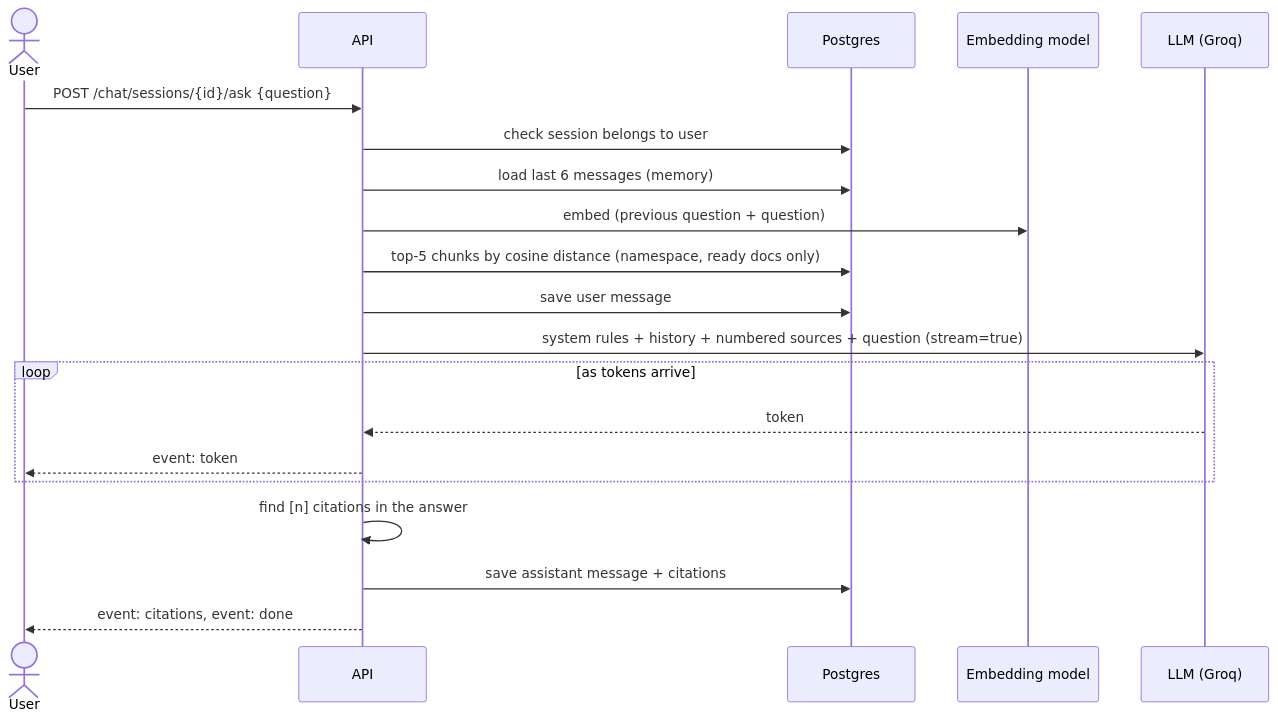
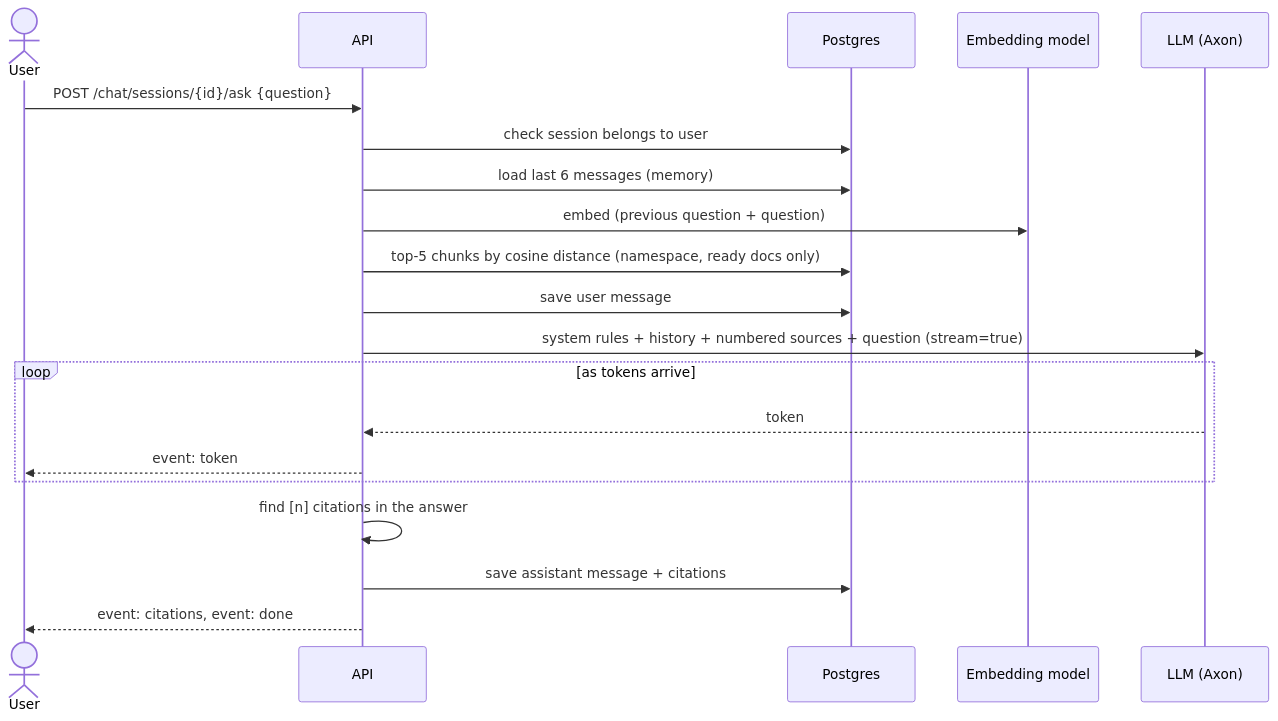
Before and after one commit to gpr-27/Assignment: the sixth of 7 diagrams in rag-assistant/docs/ARCHITECTURE.md, drawn with Mermaid. The commit also changed other lines of this file and 11 other files, not shown here.

First line of the commit message:
Switch default LLM to Agent Router (Axon) deepseek-v4-flash.

````diff
--- a/rag-assistant/docs/ARCHITECTURE.md
+++ b/rag-assistant/docs/ARCHITECTURE.md
@@ -180,23 +180,23 @@
 ```mermaid
 sequenceDiagram
     actor U as User
     participant API
     participant DB as Postgres
     participant E as Embedding model
-    participant L as LLM (Groq)
+    participant L as LLM (Axon)
 
     U->>API: POST /chat/sessions/{id}/ask {question}
     API->>DB: check session belongs to user
     API->>DB: load last 6 messages (memory)
     API->>E: embed (previous question + question)
     API->>DB: top-5 chunks by cosine distance (namespace, ready docs only)
     API->>DB: save user message
     API->>L: system rules + history + numbered sources + question (stream=true)
     loop as tokens arrive
         L-->>API: token
         API-->>U: event: token
     end
     API->>API: find [n] citations in the answer
     API->>DB: save assistant message + citations
     API-->>U: event: citations, event: done
 ```
````
